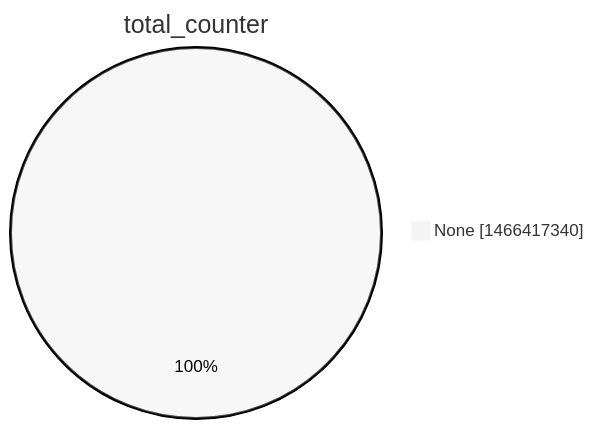
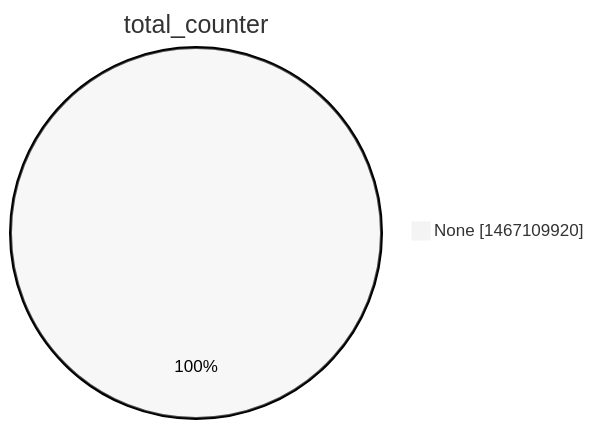
The second of 15 diagrams in argon2022/README.md (christiankrug/ctmonitor_visualization), drawn with Mermaid (neutral theme) before and after one commit. The commit also changed other lines of this file, not shown here.

````diff
--- a/argon2022/README.md
+++ b/argon2022/README.md
@@ -9,5 +9,5 @@
 ```mermaid
 pie showData
 title total_counter
-"None" :1466417340
+"None" :1467109920
 ```
````
